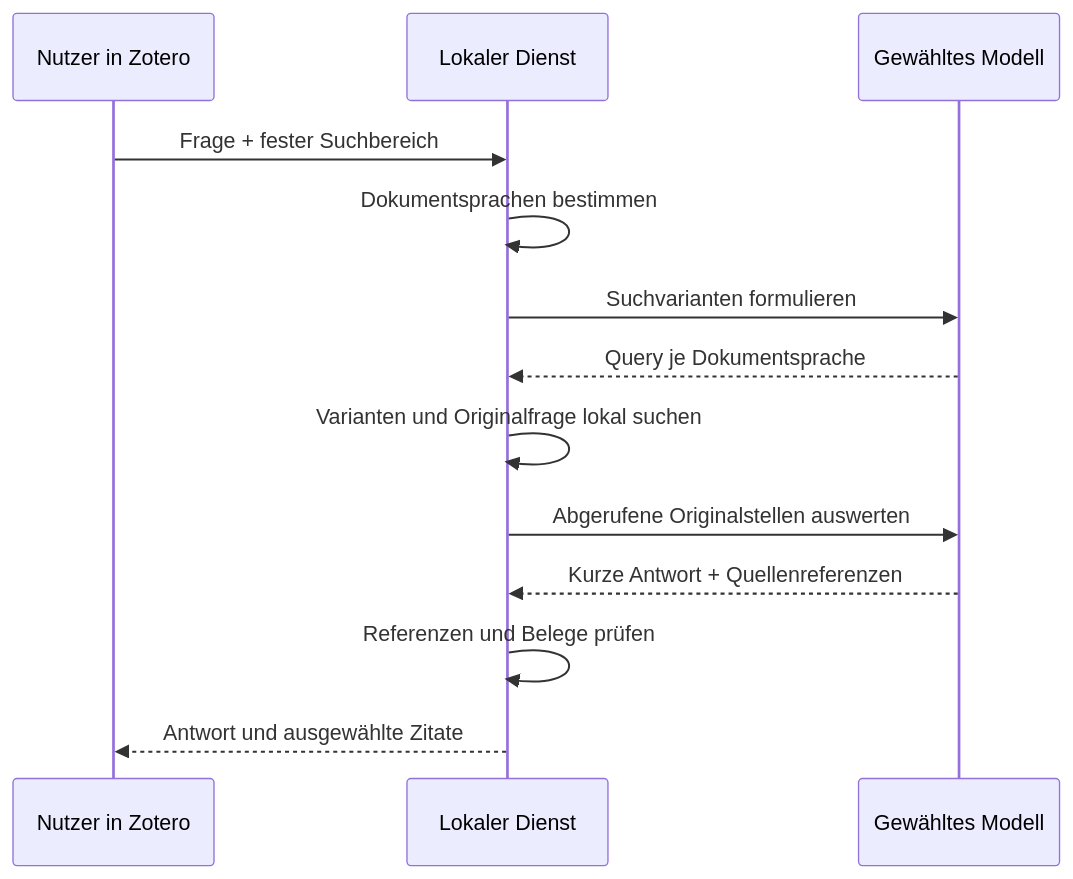
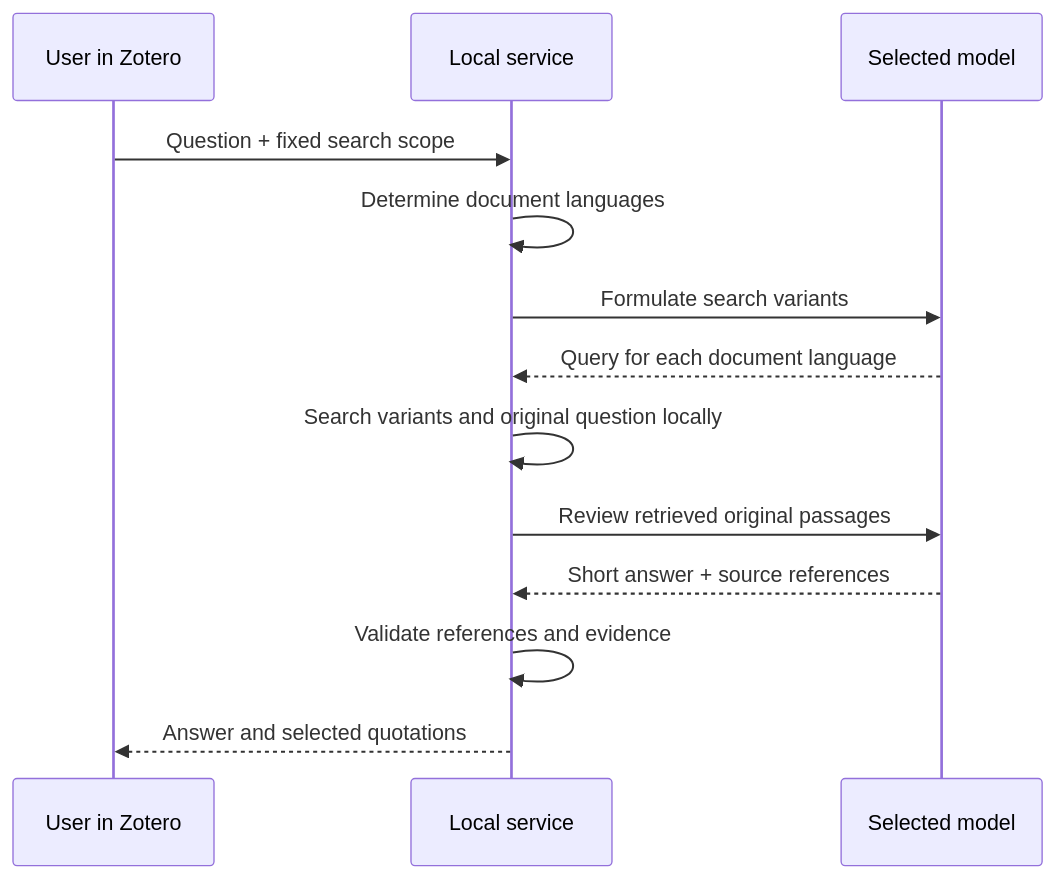
The third of 5 diagrams in docs/WORKFLOWS.md (Cuzimnero/zitatlotse), drawn with Mermaid before and after one commit. The commit also changed other lines of this file and 17 other files, not shown here.

````diff
--- a/docs/WORKFLOWS.md
+++ b/docs/WORKFLOWS.md
@@ -55,15 +55,15 @@
 ```mermaid
 sequenceDiagram
-    participant U as Nutzer in Zotero
-    participant S as Lokaler Dienst
-    participant M as Gewähltes Modell
-    U->>S: Frage + fester Suchbereich
-    S->>S: Dokumentsprachen bestimmen
-    S->>M: Suchvarianten formulieren
-    M-->>S: Query je Dokumentsprache
-    S->>S: Varianten und Originalfrage lokal suchen
-    S->>M: Abgerufene Originalstellen auswerten
-    M-->>S: Kurze Antwort + Quellenreferenzen
-    S->>S: Referenzen und Belege prüfen
-    S-->>U: Antwort und ausgewählte Zitate
+    participant U as User in Zotero
+    participant S as Local service
+    participant M as Selected model
+    U->>S: Question + fixed search scope
+    S->>S: Determine document languages
+    S->>M: Formulate search variants
+    M-->>S: Query for each document language
+    S->>S: Search variants and original question locally
+    S->>M: Review retrieved original passages
+    M-->>S: Short answer + source references
+    S->>S: Validate references and evidence
+    S-->>U: Answer and selected quotations
 ```
````
